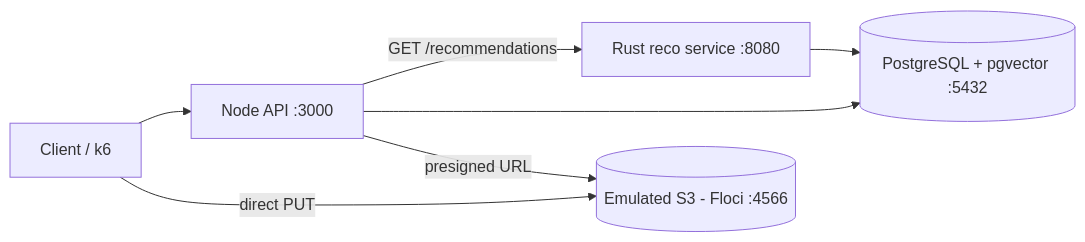
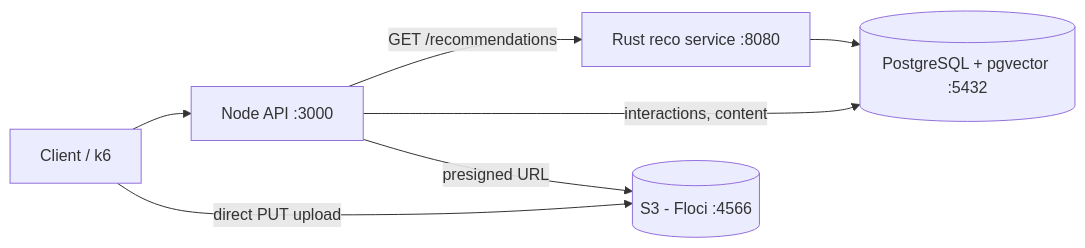
One commit to xtylo/the-social-network changed the diagram in README.md. Above: the diagram before and after it, drawn with Mermaid. The commit also changed other lines of this file and 3 other files, not shown here.

````diff
--- a/README.md
+++ b/README.md
@@ -10,9 +29,9 @@
 ```mermaid
 flowchart LR
   C[Client / k6] --> API[Node API :3000]
   API -->|GET /recommendations| R[Rust reco service :8080]
   R --> PG[(PostgreSQL + pgvector :5432)]
-  API --> PG
-  API -->|presigned URL| S3[(Emulated S3 - Floci :4566)]
-  C -->|direct PUT| S3
+  API -->|interactions, content| PG
+  API -->|presigned URL| S3[(S3 - Floci :4566)]
+  C -->|direct PUT upload| S3
 ```
````
